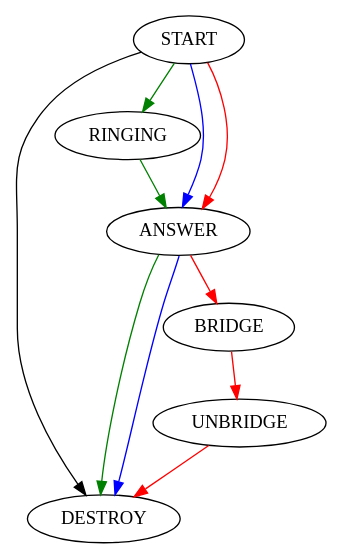
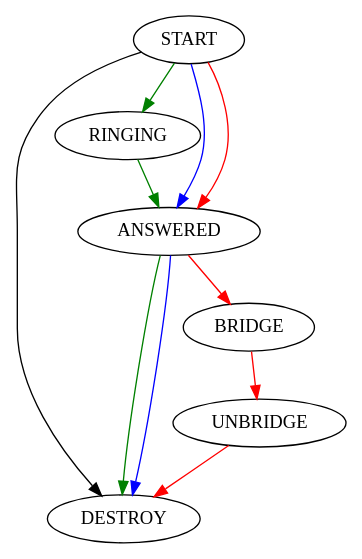
The first of 2 diagrams in core/README.md (xswitch-cn/xctrl), drawn with Graphviz before and after one commit. The commit also changed other lines of this file, not shown here.

Commit message:
use ANSWERED state

````diff
--- a/core/README.md
+++ b/core/README.md
@@ -301,8 +301,8 @@
 ```graphviz
 digraph G {
 	START -> DESTROY
-	START -> RINGING -> ANSWER -> DESTROY[color=green]
-	START -> ANSWER -> DESTROY[color=blue]
-	START -> ANSWER -> BRIDGE -> UNBRIDGE -> DESTROY[color=red]
+	START -> RINGING -> ANSWERED -> DESTROY[color=green]
+	START -> ANSWERED -> DESTROY[color=blue]
+	START -> ANSWERED -> BRIDGE -> UNBRIDGE -> DESTROY[color=red]
 }
 ```
````
